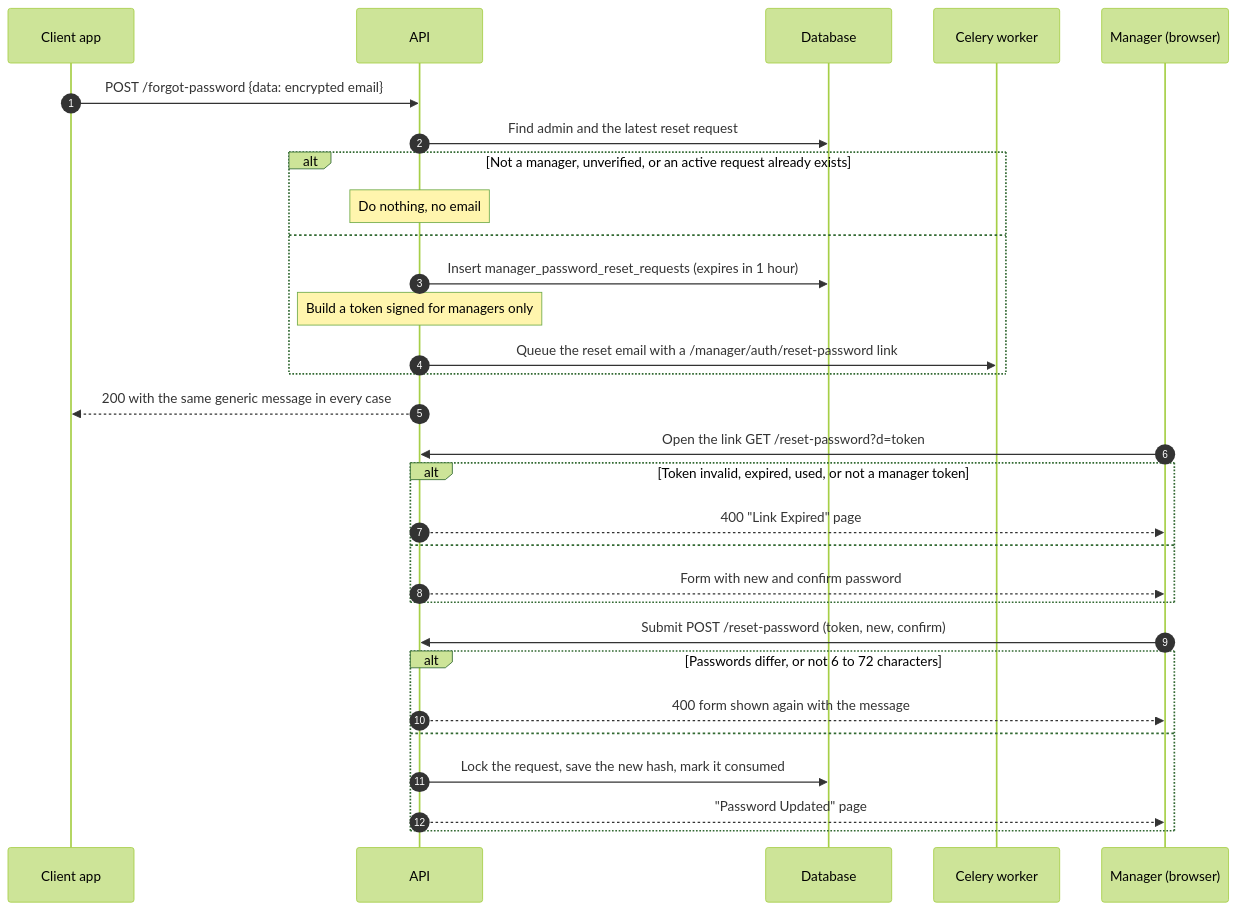
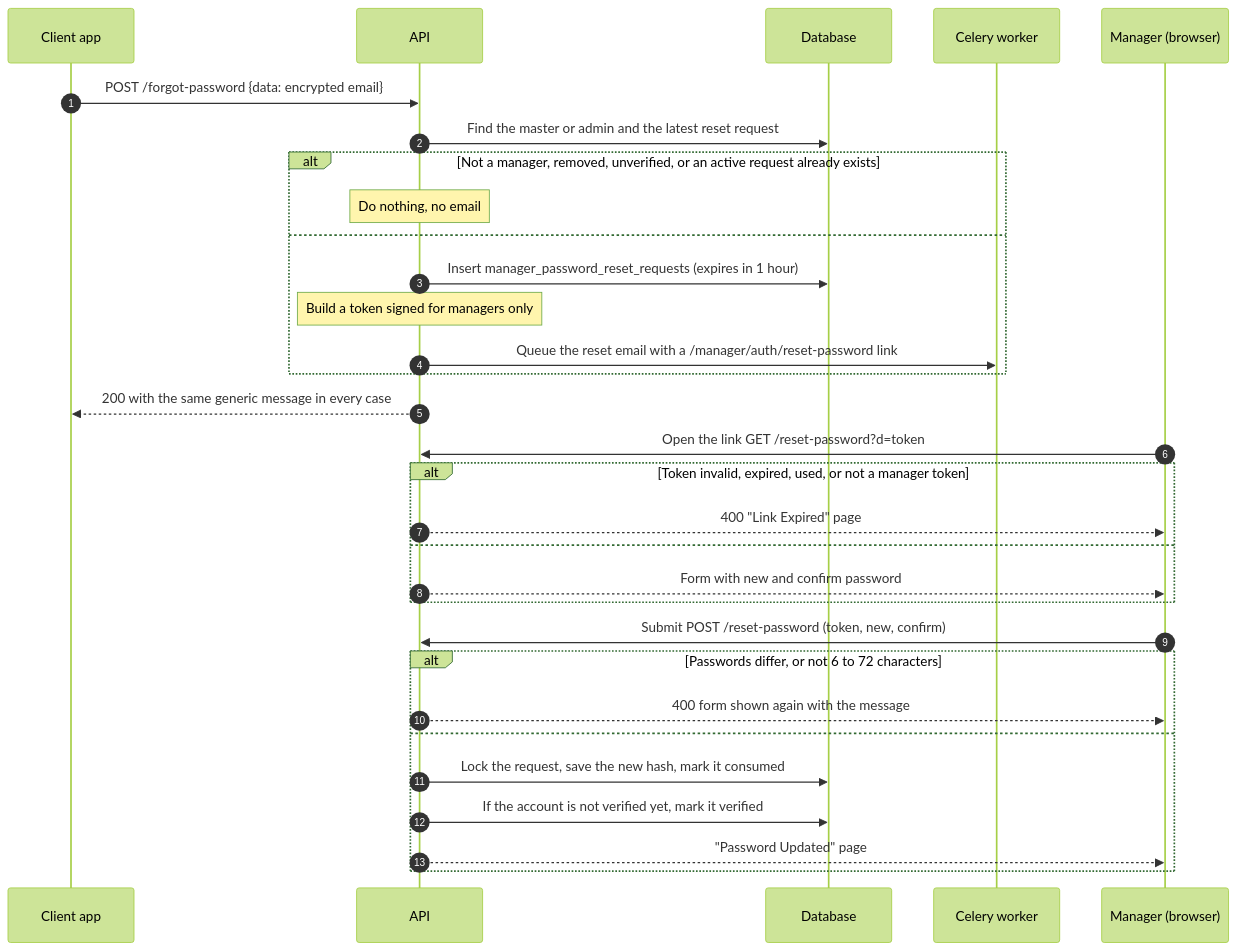
Before and after one commit to jvcarpena/cozi-app-be: the third of 4 diagrams in documentations/Manager/Auth.md, drawn with Mermaid (forest theme). The commit also changed other lines of this file and 27 other files, not shown here.

First line of the commit message:
feat: Manager sign up creates a master; admins and masters share auth

````diff
--- a/documentations/Manager/Auth.md
+++ b/documentations/Manager/Auth.md
@@ -59,34 +85,35 @@
 ```mermaid
 sequenceDiagram
     autonumber
     participant C as Client app
     participant A as API
     participant D as Database
     participant W as Celery worker
     participant U as Manager (browser)
 
     C->>A: POST /forgot-password {data: encrypted email}
-    A->>D: Find admin and the latest reset request
-    alt Not a manager, unverified, or an active request already exists
+    A->>D: Find the master or admin and the latest reset request
+    alt Not a manager, removed, unverified, or an active request already exists
         Note over A: Do nothing, no email
     else
         A->>D: Insert manager_password_reset_requests (expires in 1 hour)
         Note over A: Build a token signed for managers only
         A->>W: Queue the reset email with a /manager/auth/reset-password link
     end
     A-->>C: 200 with the same generic message in every case
 
     U->>A: Open the link GET /reset-password?d=token
     alt Token invalid, expired, used, or not a manager token
         A-->>U: 400 "Link Expired" page
     else
         A-->>U: Form with new and confirm password
     end
     U->>A: Submit POST /reset-password (token, new, confirm)
     alt Passwords differ, or not 6 to 72 characters
         A-->>U: 400 form shown again with the message
     else
         A->>D: Lock the request, save the new hash, mark it consumed
+        A->>D: If the account is not verified yet, mark it verified
         A-->>U: "Password Updated" page
     end
 ```
````
